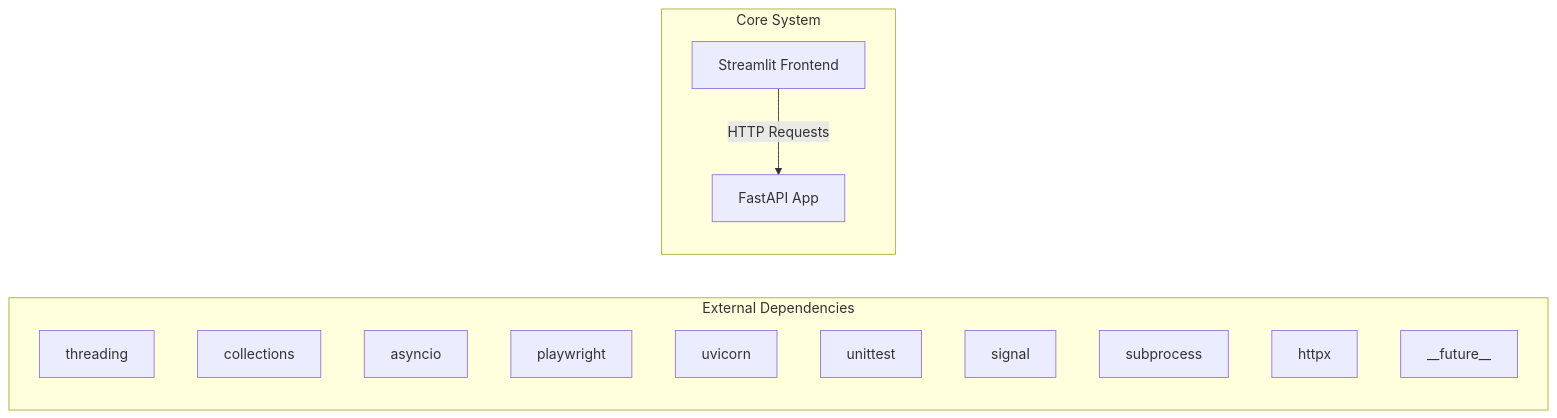
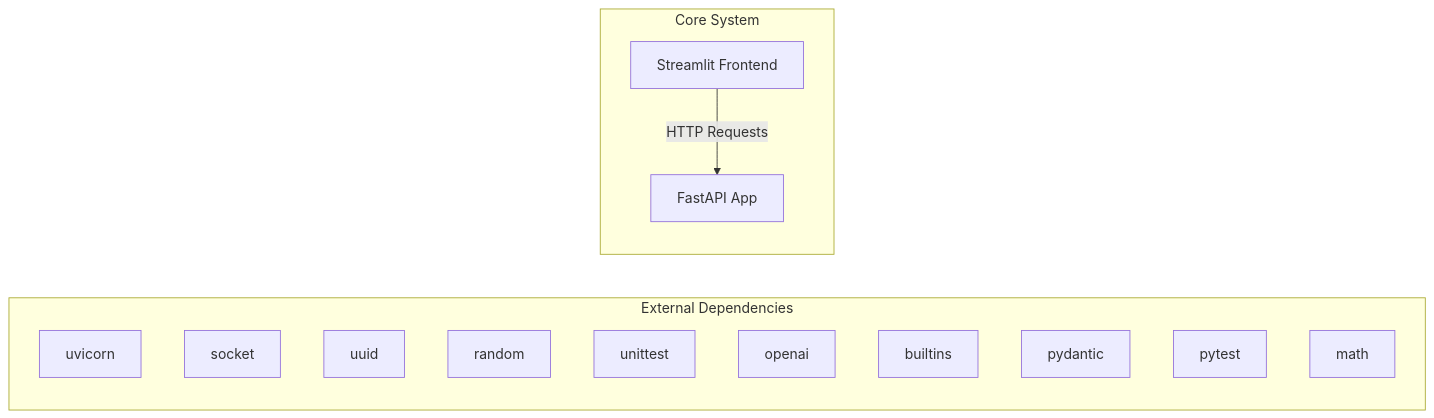
One commit to NITISH-R-G/rag-context-optimizer changed the first of 2 diagrams in docs/architecture.md. Above: the diagram before and after it, drawn with Mermaid. The commit also changed 1 other file, not shown here.

Commit message:
docs: auto-update repository knowledge, architecture diagrams, and documentation

````diff
--- a/docs/architecture.md
+++ b/docs/architecture.md
@@ -7,20 +7,20 @@
 ```mermaid
 graph LR
     subgraph External Dependencies
-        E0["threading"]
-        E1["collections"]
-        E2["asyncio"]
-        E3["playwright"]
-        E4["uvicorn"]
-        E5["unittest"]
-        E6["signal"]
-        E7["subprocess"]
-        E8["httpx"]
-        E9["__future__"]
+        E0["uvicorn"]
+        E1["socket"]
+        E2["uuid"]
+        E3["random"]
+        E4["unittest"]
+        E5["openai"]
+        E6["builtins"]
+        E7["pydantic"]
+        E8["pytest"]
+        E9["math"]
     end
     subgraph Core System
         API["FastAPI App"]
         UI["Streamlit Frontend"]
     end
     UI -->|HTTP Requests| API
 ```
````
